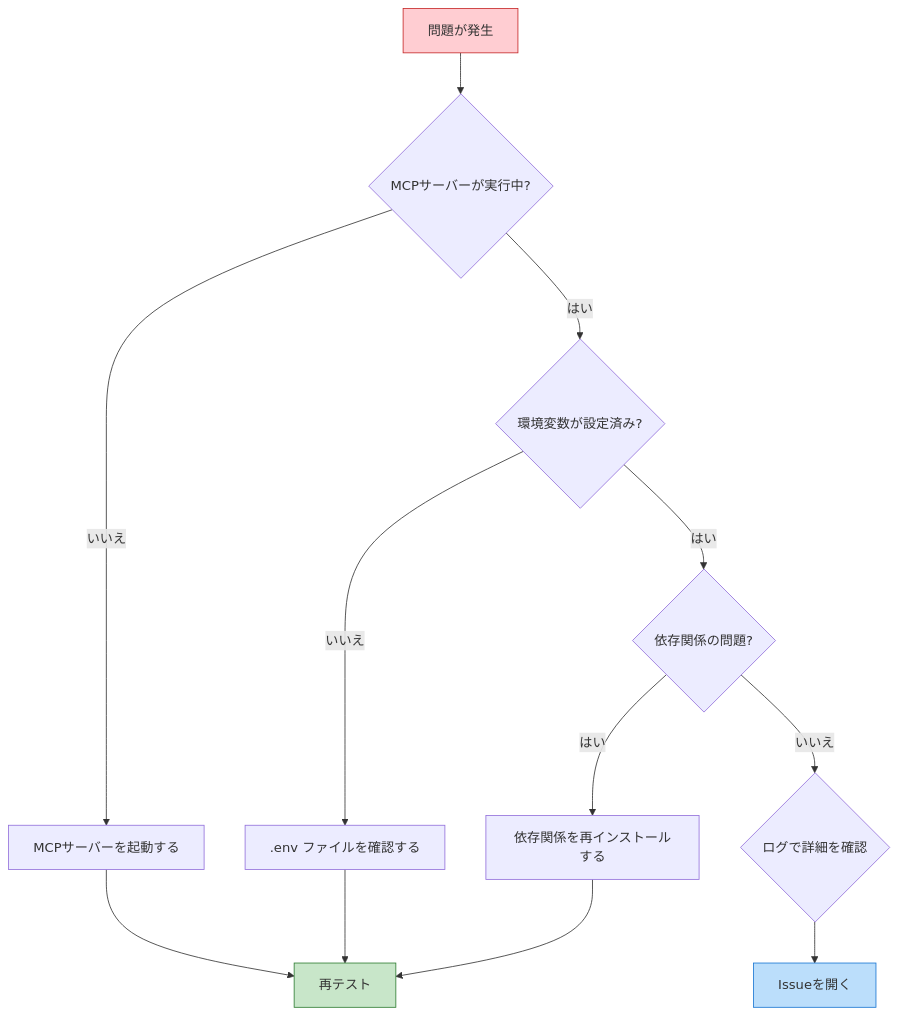
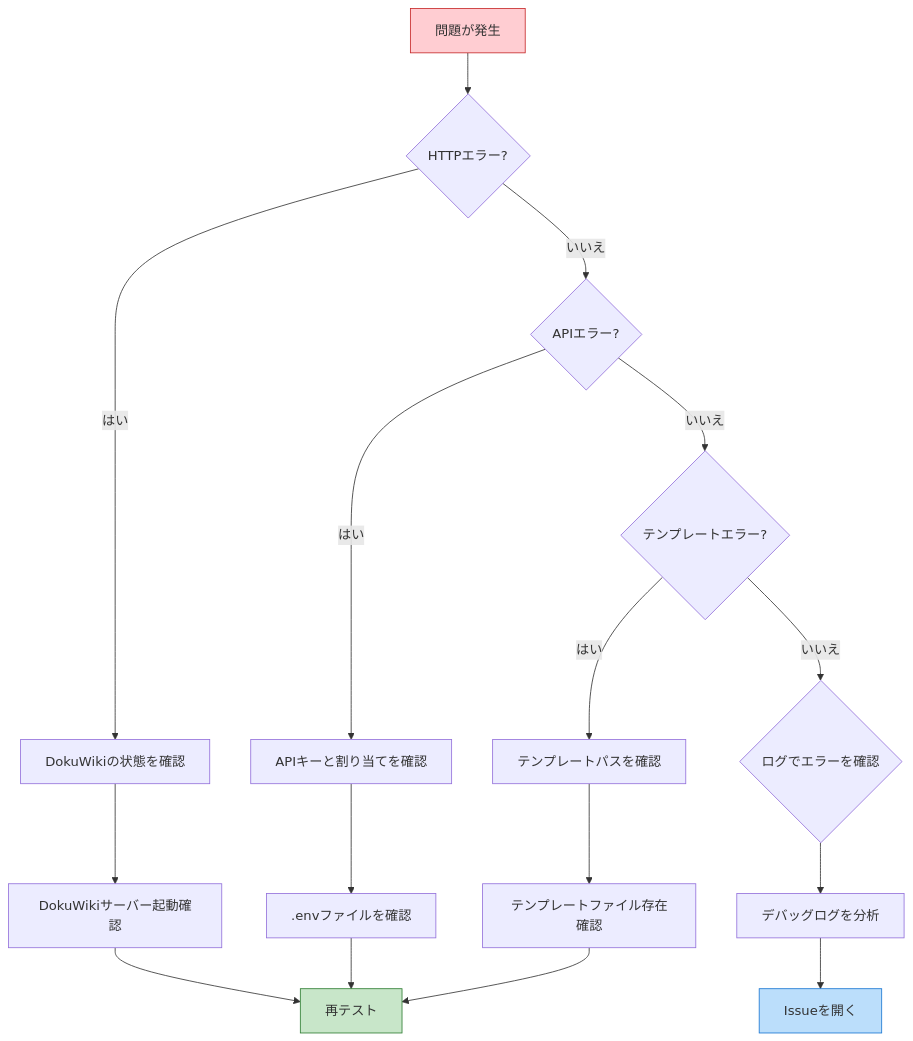
One commit to NewAITees/FableMaze changed the second of 2 diagrams in docs/DEVELOPMENT_SETUP.md. Above: the diagram before and after it, drawn with Mermaid. The commit also changed other lines of this file and 6 other files, not shown here.

````diff
--- a/docs/DEVELOPMENT_SETUP.md
+++ b/docs/DEVELOPMENT_SETUP.md
@@ -215,19 +251,24 @@
 ```mermaid
 flowchart TD
-    A[問題が発生] --> B{MCPサーバーが実行中?}
-    B -->|いいえ| C[MCPサーバーを起動する]
-    B -->|はい| D{環境変数が設定済み?}
-    D -->|いいえ| E[.env ファイルを確認する]
-    D -->|はい| F{依存関係の問題?}
-    F -->|はい| G[依存関係を再インストールする]
-    F -->|いいえ| H{ログで詳細を確認}
+    A[問題が発生] --> B{HTTPエラー?}
+    B -->|はい| C[DokuWikiの状態を確認]
+    B -->|いいえ| D{APIエラー?}
+    D -->|はい| E[APIキーと割り当てを確認]
+    D -->|いいえ| F{テンプレートエラー?}
+    F -->|はい| G[テンプレートパスを確認]
+    F -->|いいえ| H{ログでエラーを確認}
     
-    C --> I[再テスト]
-    E --> I
-    G --> I
-    H --> J[Issueを開く]
+    C --> I[DokuWikiサーバー起動確認]
+    E --> J[.envファイルを確認]
+    G --> K[テンプレートファイル存在確認]
+    H --> L[デバッグログを分析]
+    
+    I --> M[再テスト]
+    J --> M
+    K --> M
+    L --> N[Issueを開く]
     
     style A fill:#ffcdd2,stroke:#c62828
-    style I fill:#c8e6c9,stroke:#2e7d32
-    style J fill:#bbdefb,stroke:#1976d2
+    style M fill:#c8e6c9,stroke:#2e7d32
+    style N fill:#bbdefb,stroke:#1976d2
 ```
````
